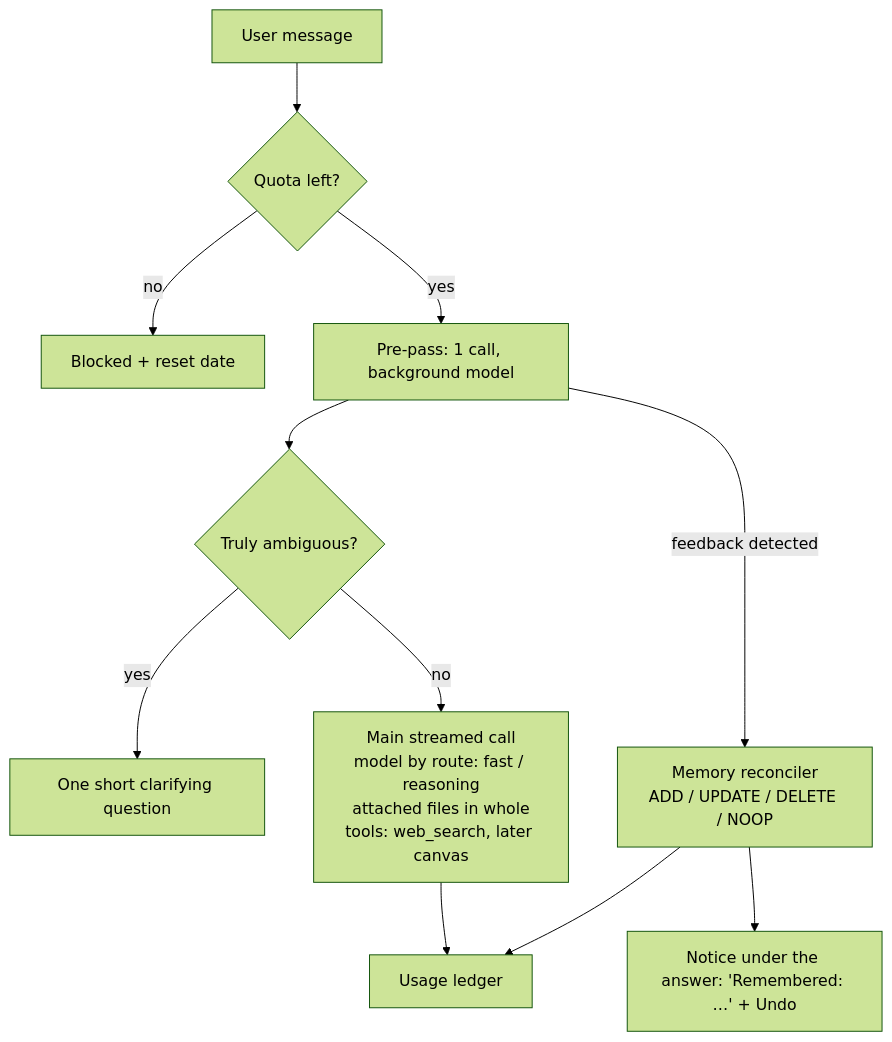
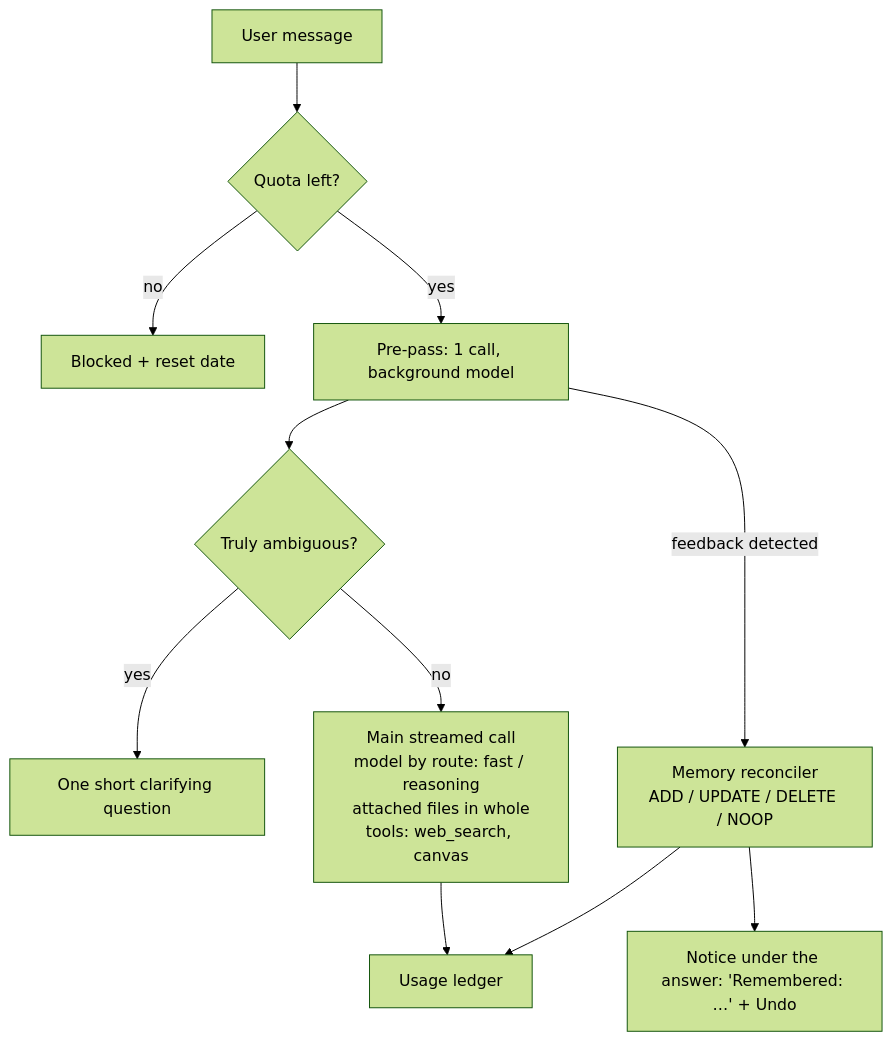
One commit to jonasroussel/open-agent changed the diagram in SPEC.md. Above: the diagram before and after it, drawn with Mermaid (forest theme). The commit also changed other lines of this file and 35 other files, not shown here.

````diff
--- a/SPEC.md
+++ b/SPEC.md
@@ -46,13 +50,13 @@
 ```mermaid
 flowchart TD
   A[User message] --> Q{Quota left?}
   Q -- no --> B[Blocked + reset date]
   Q -- yes --> P["Pre-pass: 1 call, background model"]
   P --> C{Truly ambiguous?}
   C -- yes --> D[One short clarifying question]
-  C -- no --> M["Main streamed call<br/>model by route: fast / reasoning<br/>attached files in whole<br/>tools: web_search, later canvas"]
+  C -- no --> M["Main streamed call<br/>model by route: fast / reasoning<br/>attached files in whole<br/>tools: web_search, canvas"]
   P -- feedback detected --> R["Memory reconciler<br/>ADD / UPDATE / DELETE / NOOP"]
   R --> T["Notice under the answer: 'Remembered: …' + Undo"]
   M --> U[Usage ledger]
   R --> U
 ```
````
